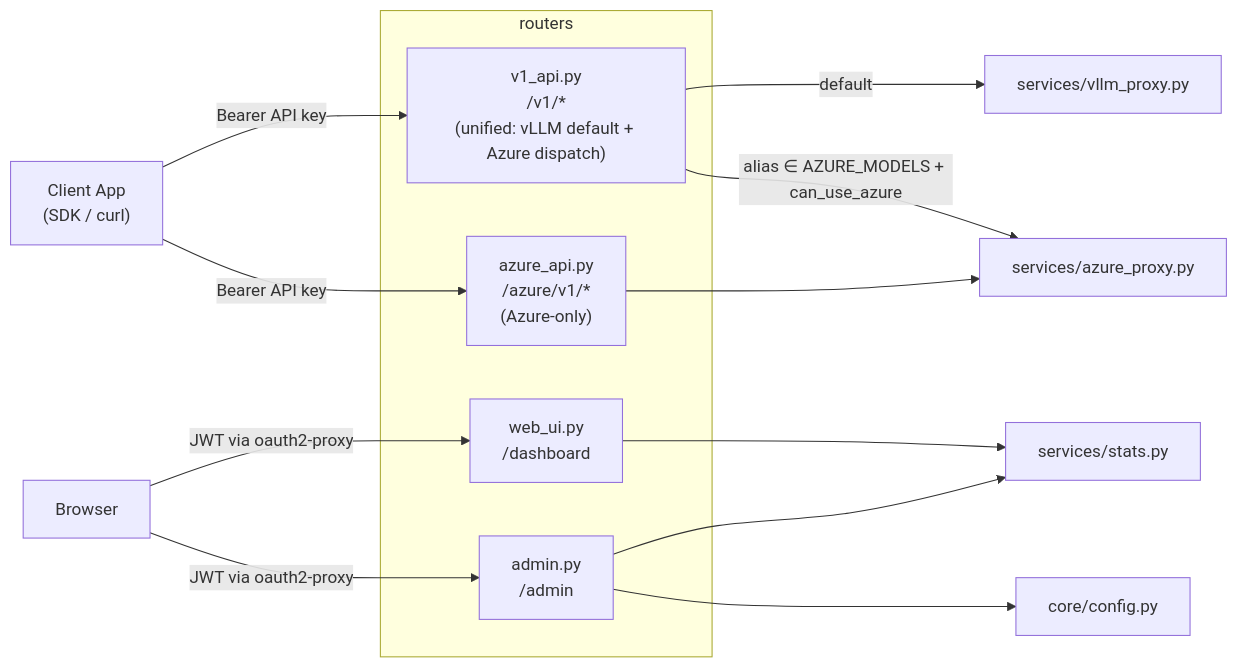
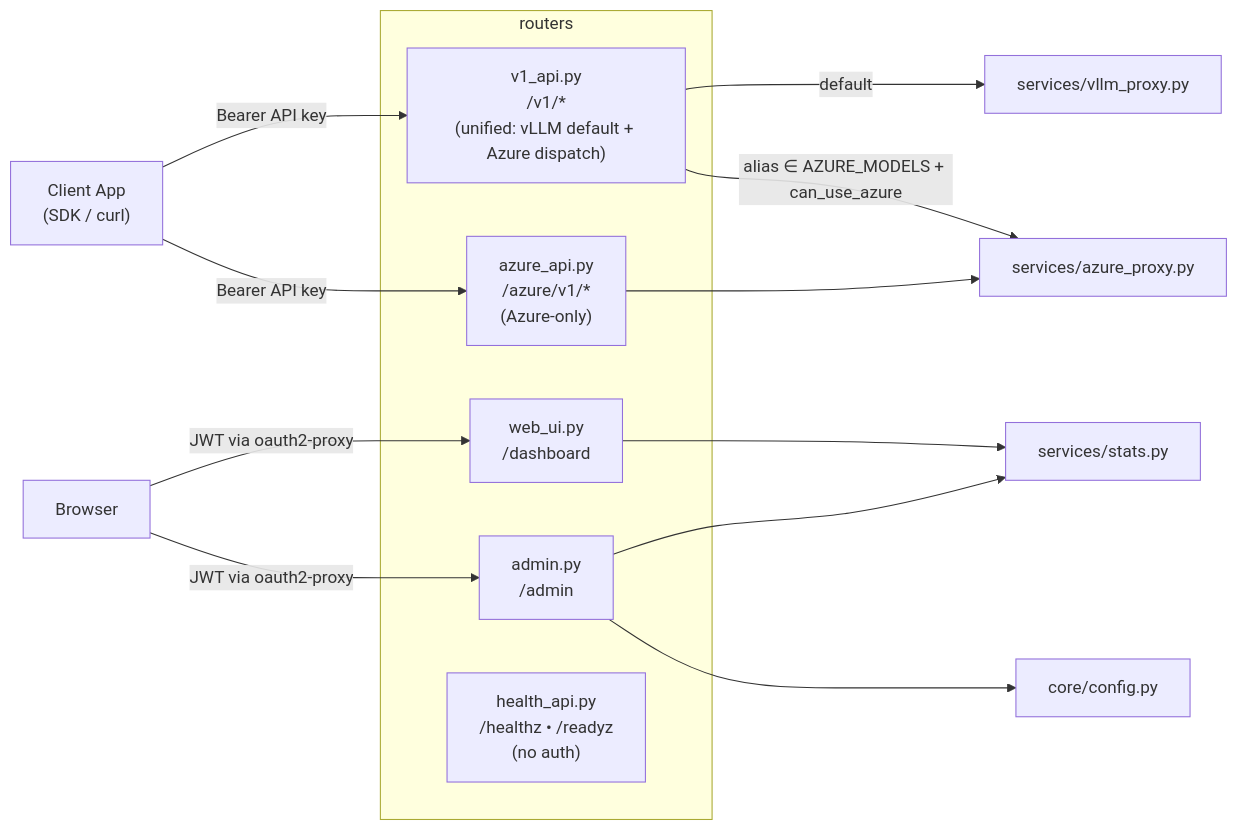
Before and after one commit to bwinken/llm-gateway: the first of 2 diagrams in app/routers/README.md, drawn with Mermaid. The commit also changed other lines of this file and 32 other files, not shown here.

````diff
--- a/app/routers/README.md
+++ b/app/routers/README.md
@@ -9,21 +9,22 @@
 ```mermaid
 graph LR
     Client["Client App<br/>(SDK / curl)"] -->|Bearer API key| v1_api
     Client -->|Bearer API key| azure_api
     Browser["Browser"] -->|JWT via oauth2-proxy| web_ui
     Browser -->|JWT via oauth2-proxy| admin
 
     subgraph routers
         v1_api["v1_api.py<br/>/v1/*<br/>(unified: vLLM default + Azure dispatch)"]
         azure_api["azure_api.py<br/>/azure/v1/*<br/>(Azure-only)"]
         web_ui["web_ui.py<br/>/dashboard"]
+        health_api["health_api.py<br/>/healthz • /readyz<br/>(no auth)"]
         admin["admin.py<br/>/admin"]
     end
 
     v1_api -->|default| vllm_proxy["services/vllm_proxy.py"]
     v1_api -->|alias ∈ AZURE_MODELS + can_use_azure| azure_proxy["services/azure_proxy.py"]
     azure_api --> azure_proxy
     web_ui --> stats["services/stats.py"]
     admin --> stats
     admin --> config["core/config.py"]
 ```
````
